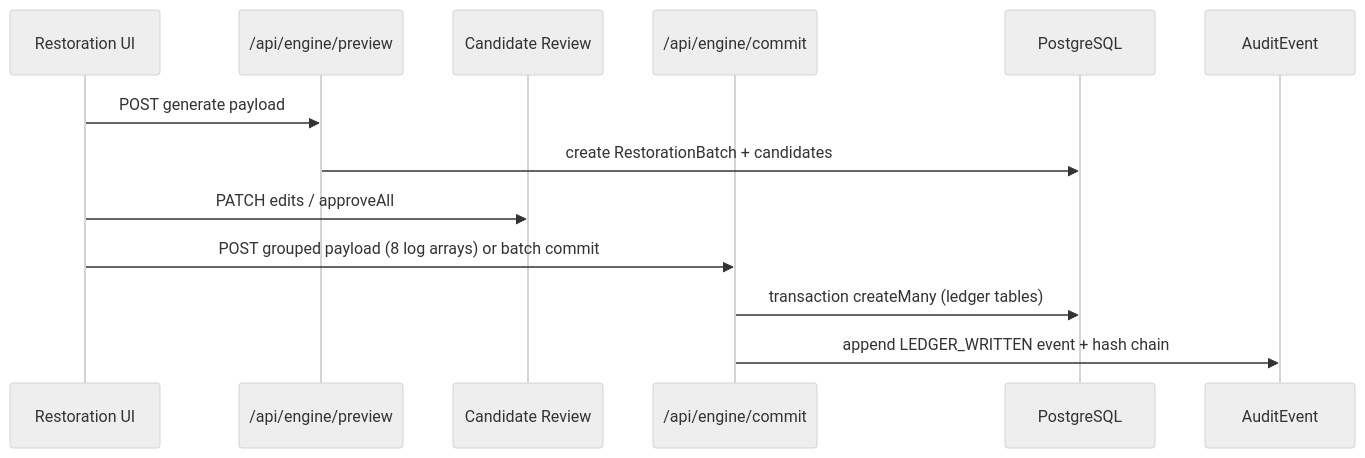
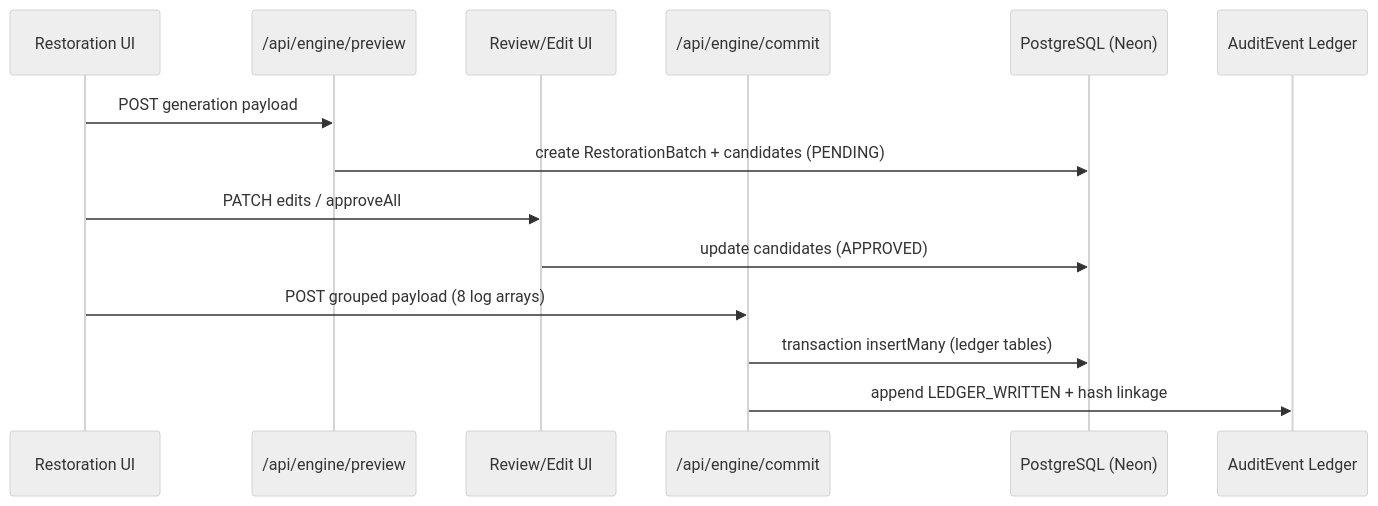
Before and after one commit to gUBII/chartgen: the second of 4 diagrams in README.md, drawn with Mermaid (neutral theme). The commit also changed other lines of this file and 10 other files, not shown here.

````diff
--- a/README.md
+++ b/README.md
@@ -109,16 +127,17 @@
 ```mermaid
 sequenceDiagram
-  participant UI as Restoration UI
-  participant Preview as /api/engine/preview
-  participant Review as Candidate Review
-  participant Commit as /api/engine/commit
-  participant DB as PostgreSQL
-  participant Audit as AuditEvent
+    participant UI as Restoration UI
+    participant API as /api/engine/preview
+    participant Review as Review/Edit UI
+    participant Commit as /api/engine/commit
+    participant DB as PostgreSQL (Neon)
+    participant Audit as AuditEvent Ledger
 
-  UI->>Preview: POST generate payload
-  Preview->>DB: create RestorationBatch + candidates
-  UI->>Review: PATCH edits / approveAll
-  UI->>Commit: POST grouped payload (8 log arrays) or batch commit
-  Commit->>DB: transaction createMany (ledger tables)
-  Commit->>Audit: append LEDGER_WRITTEN event + hash chain
+    UI->>API: POST generation payload
+    API->>DB: create RestorationBatch + candidates (PENDING)
+    UI->>Review: PATCH edits / approveAll
+    Review->>DB: update candidates (APPROVED)
+    UI->>Commit: POST grouped payload (8 log arrays)
+    Commit->>DB: transaction insertMany (ledger tables)
+    Commit->>Audit: append LEDGER_WRITTEN + hash linkage
 ```
````
